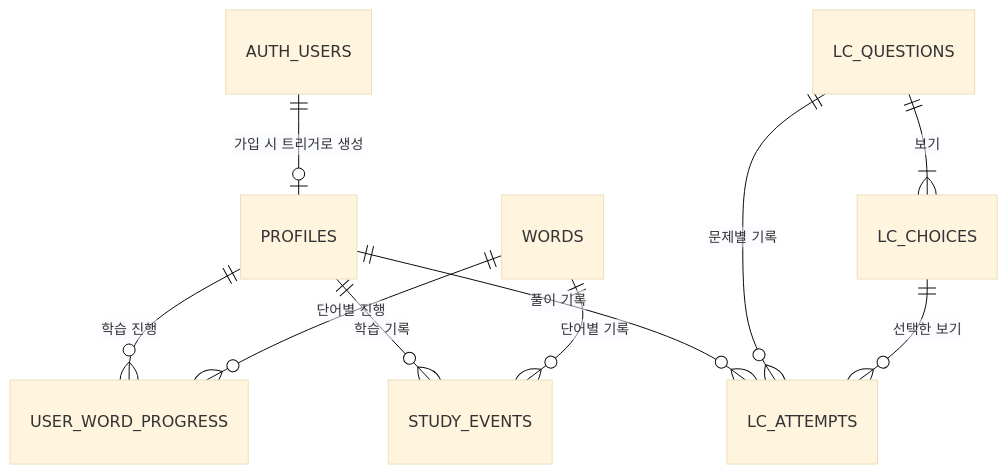
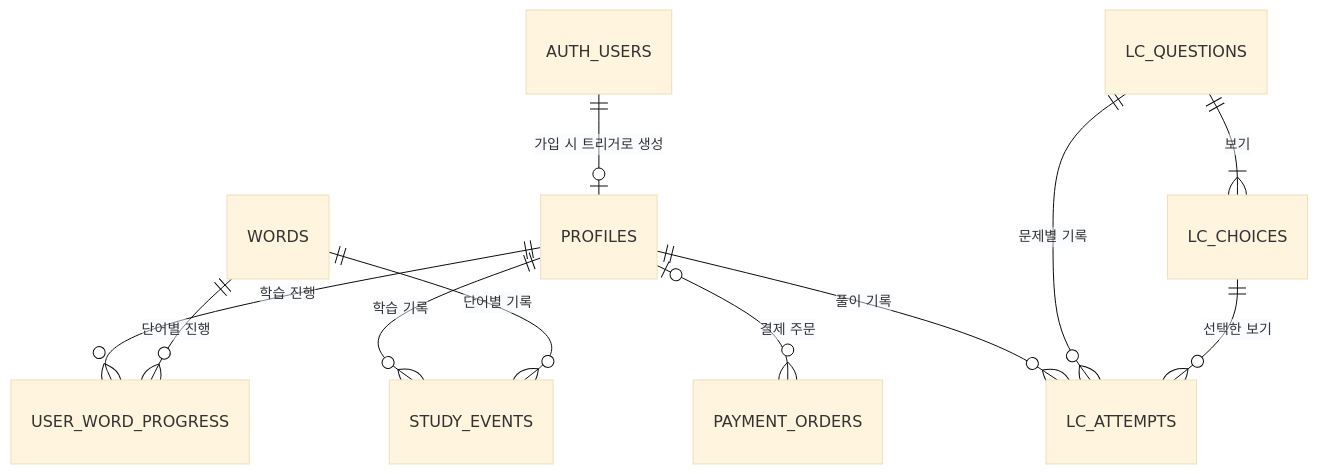
Before and after one commit to gylee44/toeic-word-routine: the diagram in docs/PRD.md, drawn with Mermaid (base theme). The commit also changed other lines of this file and 21 other files, not shown here.

````diff
--- a/docs/PRD.md
+++ b/docs/PRD.md
@@ -899,12 +941,13 @@
 ```mermaid
 erDiagram
     AUTH_USERS ||--o| PROFILES : "가입 시 트리거로 생성"
     PROFILES ||--o{ USER_WORD_PROGRESS : "학습 진행"
     WORDS ||--o{ USER_WORD_PROGRESS : "단어별 진행"
     PROFILES ||--o{ STUDY_EVENTS : "학습 기록"
     WORDS ||--o{ STUDY_EVENTS : "단어별 기록"
+    PROFILES |o--o{ PAYMENT_ORDERS : "결제 주문"
     LC_QUESTIONS ||--|{ LC_CHOICES : "보기"
     PROFILES ||--o{ LC_ATTEMPTS : "풀이 기록"
     LC_QUESTIONS ||--o{ LC_ATTEMPTS : "문제별 기록"
     LC_CHOICES ||--o{ LC_ATTEMPTS : "선택한 보기"
 ```
````
